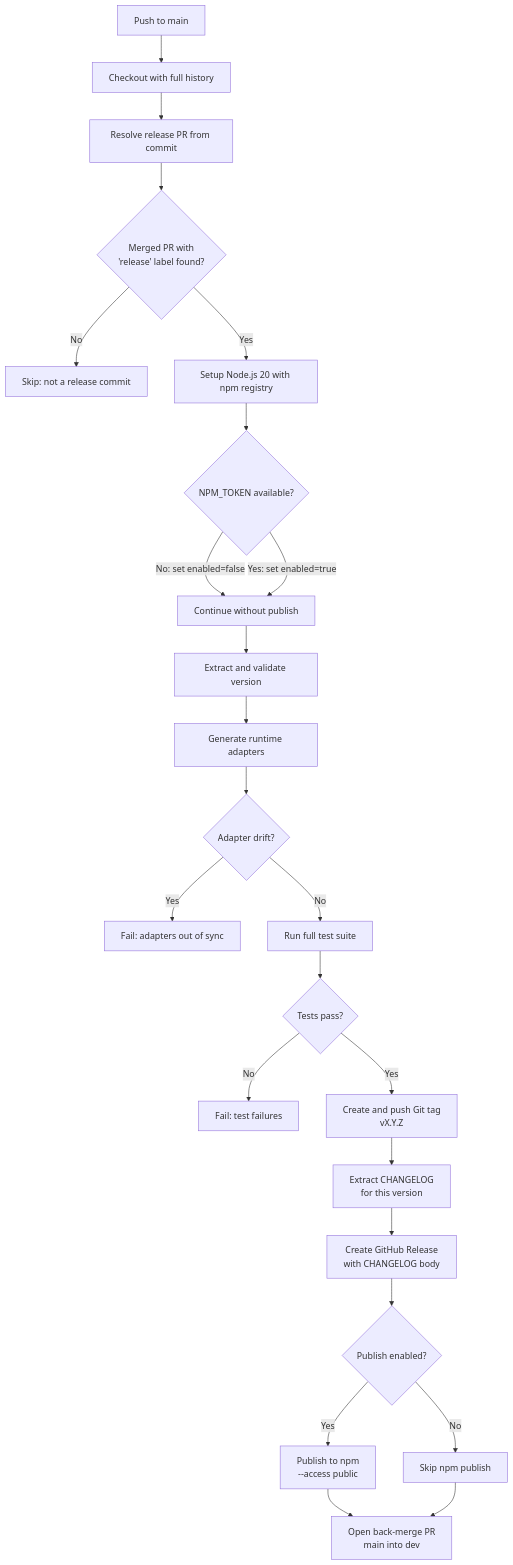
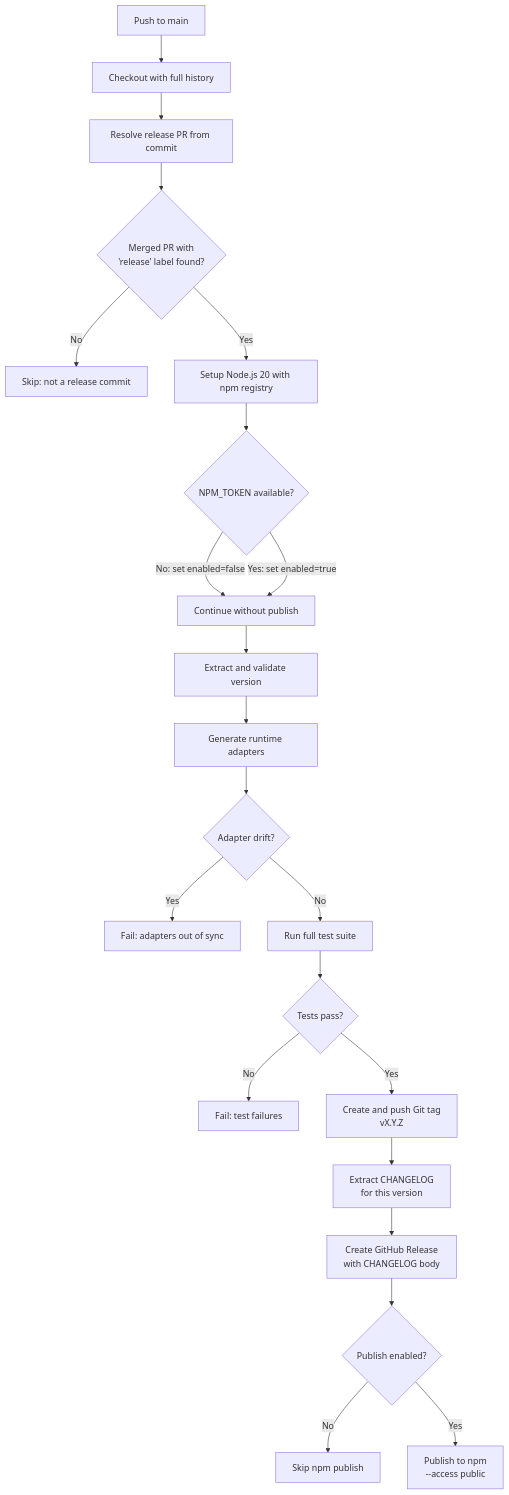
The seventh of 9 diagrams in docs/cicd.md (josstei/maestro-orchestrate), drawn with Mermaid before and after one commit. The commit also changed other lines of this file and 5 other files, not shown here.

````diff
--- a/docs/cicd.md
+++ b/docs/cicd.md
@@ -399,26 +396,24 @@
 ```mermaid
 graph TD
     A["Push to main"] --> B["Checkout with full history"]
     B --> C["Resolve release PR from commit"]
     C --> D{"Merged PR with<br/>'release' label found?"}
     D --> |"No"| E["Skip: not a release commit"]
     D --> |"Yes"| F["Setup Node.js 20 with npm registry"]
     F --> G{"NPM_TOKEN available?"}
     G --> |"No: set enabled=false"| H["Continue without publish"]
     G --> |"Yes: set enabled=true"| H
     H --> I["Extract and validate version"]
     I --> J["Generate runtime adapters"]
     J --> K{"Adapter drift?"}
     K --> |"Yes"| L["Fail: adapters out of sync"]
     K --> |"No"| M["Run full test suite"]
     M --> N{"Tests pass?"}
     N --> |"No"| O["Fail: test failures"]
     N --> |"Yes"| P["Create and push Git tag<br/>vX.Y.Z"]
     P --> Q["Extract CHANGELOG<br/>for this version"]
     Q --> R["Create GitHub Release<br/>with CHANGELOG body"]
     R --> S{"Publish enabled?"}
     S --> |"No"| T["Skip npm publish"]
     S --> |"Yes"| U["Publish to npm<br/>--access public"]
-    U --> V["Open back-merge PR<br/>main into dev"]
-    T --> V
 ```
````
